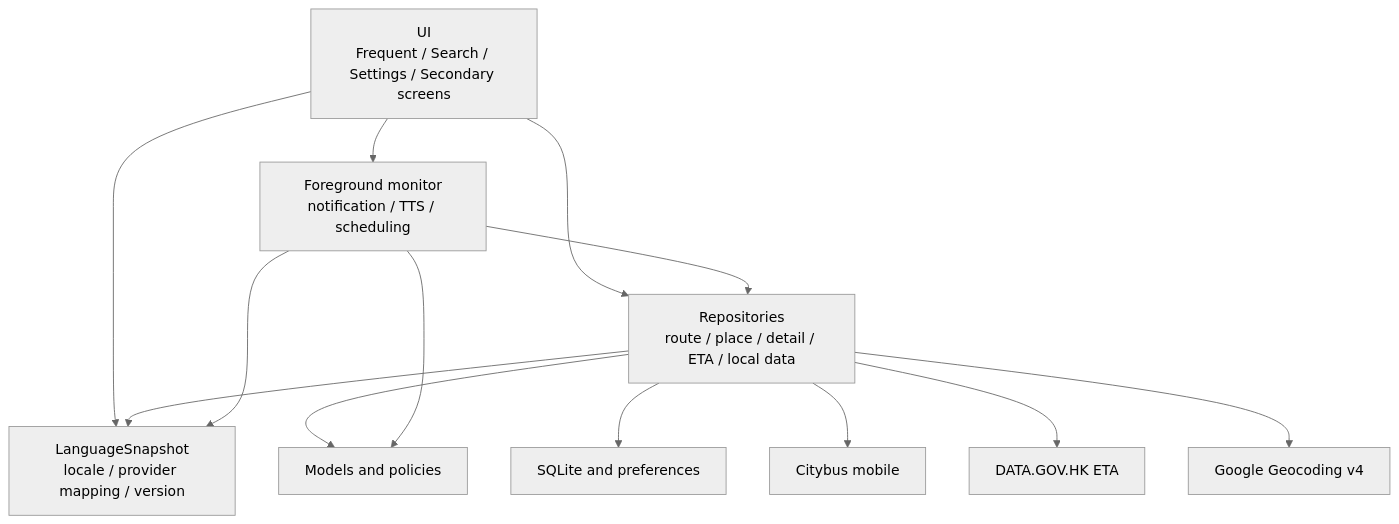
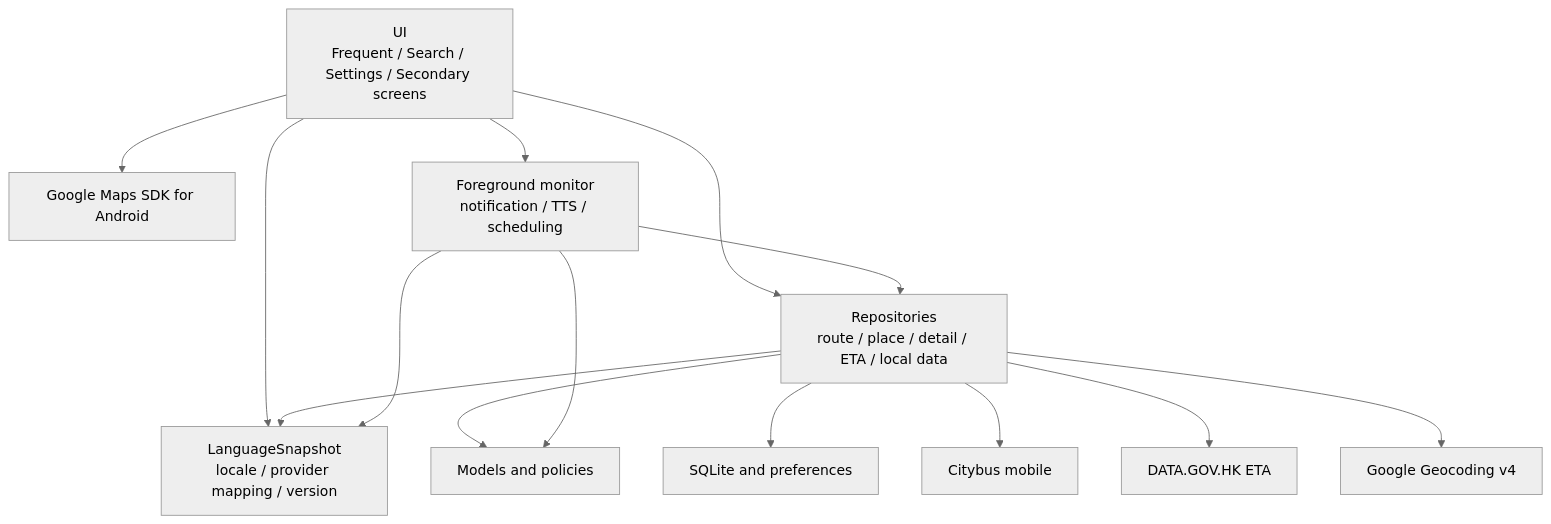
Before and after one commit to TianLanhe/BusIsComing: the diagram in README.md, drawn with Mermaid (neutral theme). The commit also changed other lines of this file and 54 other files, not shown here.

````diff
--- a/README.md
+++ b/README.md
@@ -64,25 +65,27 @@
 ```mermaid
 flowchart TD
     UI["UI\nFrequent / Search / Settings / Secondary screens"]
     Language["LanguageSnapshot\nlocale / provider mapping / version"]
     Repo["Repositories\nroute / place / detail / ETA / local data"]
     Model["Models and policies"]
     Local["SQLite and preferences"]
     Citybus["Citybus mobile"]
     Gov["DATA.GOV.HK ETA"]
     Google["Google Geocoding v4"]
+    Maps["Google Maps SDK for Android"]
     Service["Foreground monitor\nnotification / TTS / scheduling"]
 
     UI --> Repo
     UI --> Service
     UI --> Language
     Repo --> Language
     Repo --> Model
     Repo --> Local
     Repo --> Citybus
     Repo --> Gov
     Repo --> Google
+    UI --> Maps
     Service --> Repo
     Service --> Language
     Service --> Model
 ```
````
